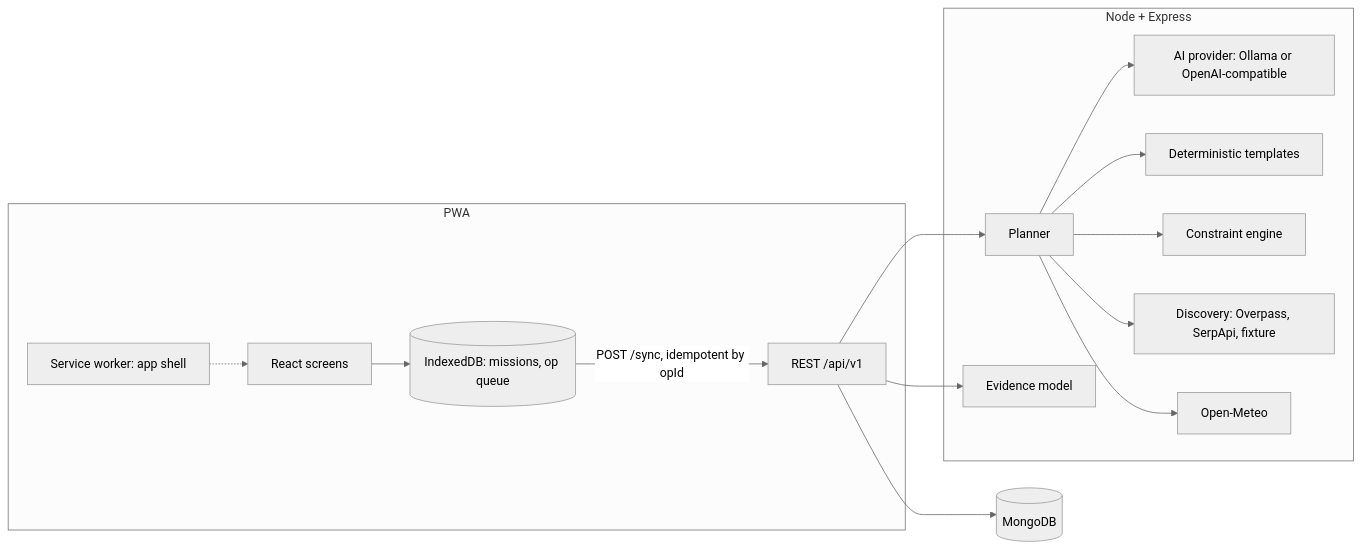
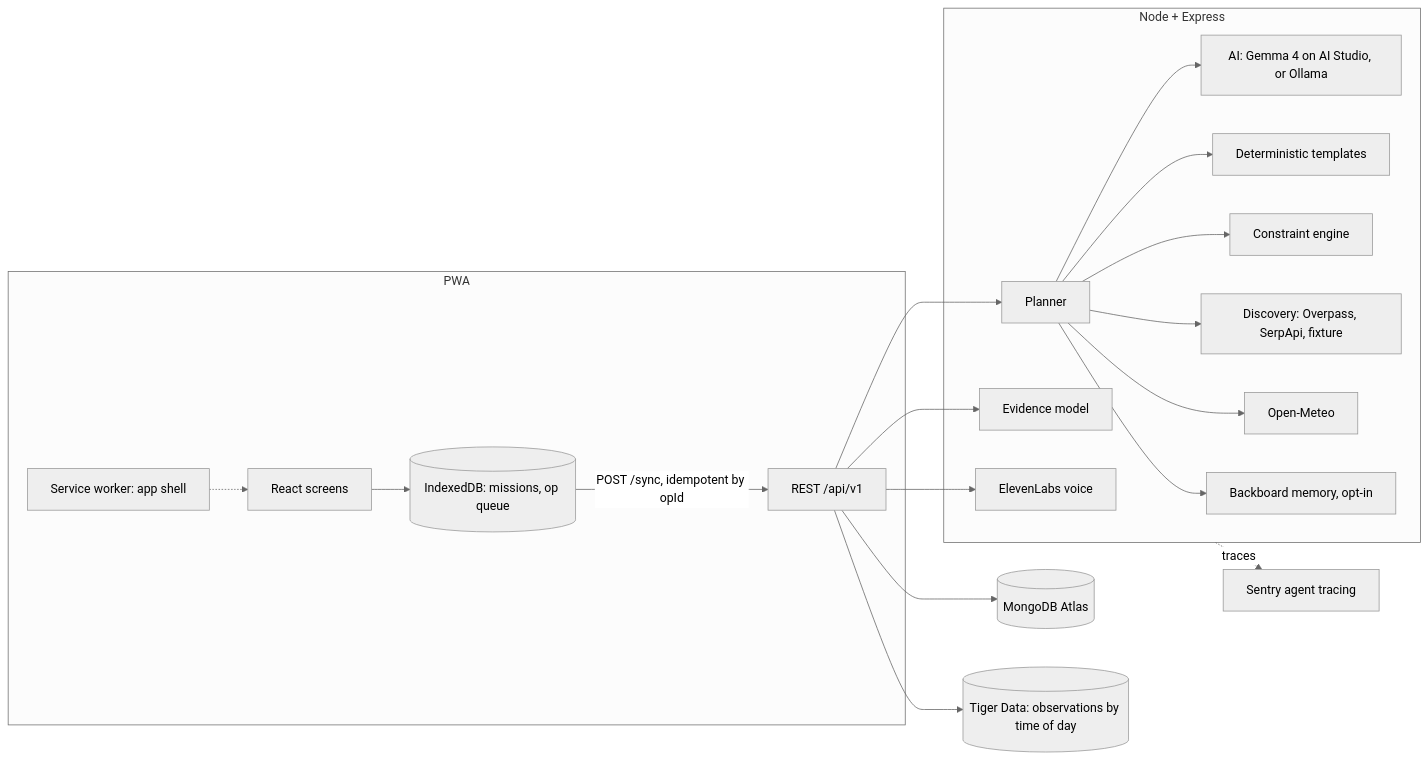
Before and after one commit to CodewithJha/shadeloop: the diagram in README.md, drawn with Mermaid (neutral theme). The commit also changed other lines of this file and 4 other files, not shown here.

Commit message:
docs: document Gemma 4, Sentry, ElevenLabs, Tiger Data, Backboard

````diff
--- a/README.md
+++ b/README.md
@@ -20,18 +20,22 @@
 ```mermaid
 flowchart LR
   subgraph Browser [PWA]
     UI[React screens] --> Store[(IndexedDB: missions, op queue)]
     Store -->|POST /sync, idempotent by opId| API
     SW[Service worker: app shell] -.-> UI
   end
   subgraph Server [Node + Express]
     API[REST /api/v1] --> Plan[Planner]
-    Plan --> AI[AI provider: Ollama or OpenAI-compatible]
+    Plan --> AI[AI: Gemma 4 on AI Studio, or Ollama]
     Plan --> FB[Deterministic templates]
     Plan --> Engine[Constraint engine]
     Plan --> Disc[Discovery: Overpass, SerpApi, fixture]
     Plan --> Wx[Open-Meteo]
+    Plan --> Mem[Backboard memory, opt-in]
     API --> Ev[Evidence model]
+    API --> TTS[ElevenLabs voice]
   end
-  API --> DB[(MongoDB)]
+  API --> DB[(MongoDB Atlas)]
+  API --> TS[(Tiger Data: observations by time of day)]
+  Server -.traces.-> Sentry[Sentry agent tracing]
 ```
````
